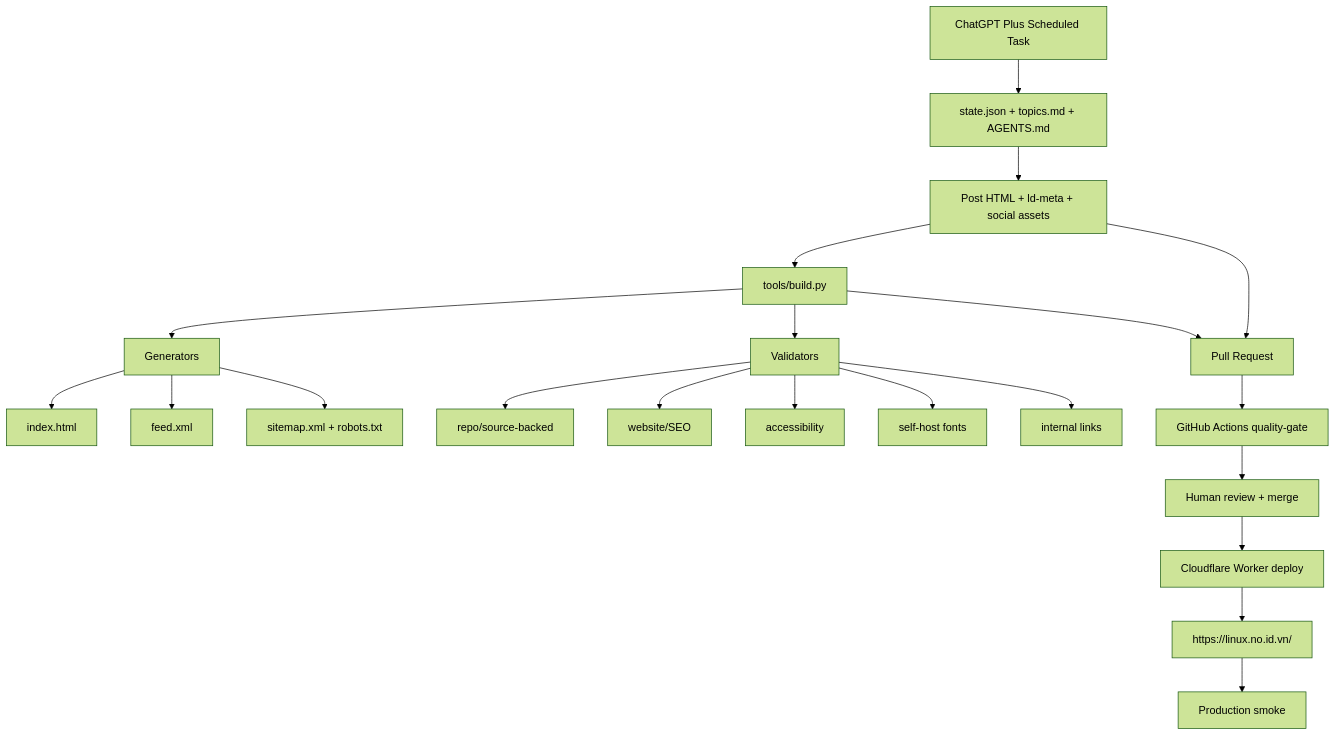
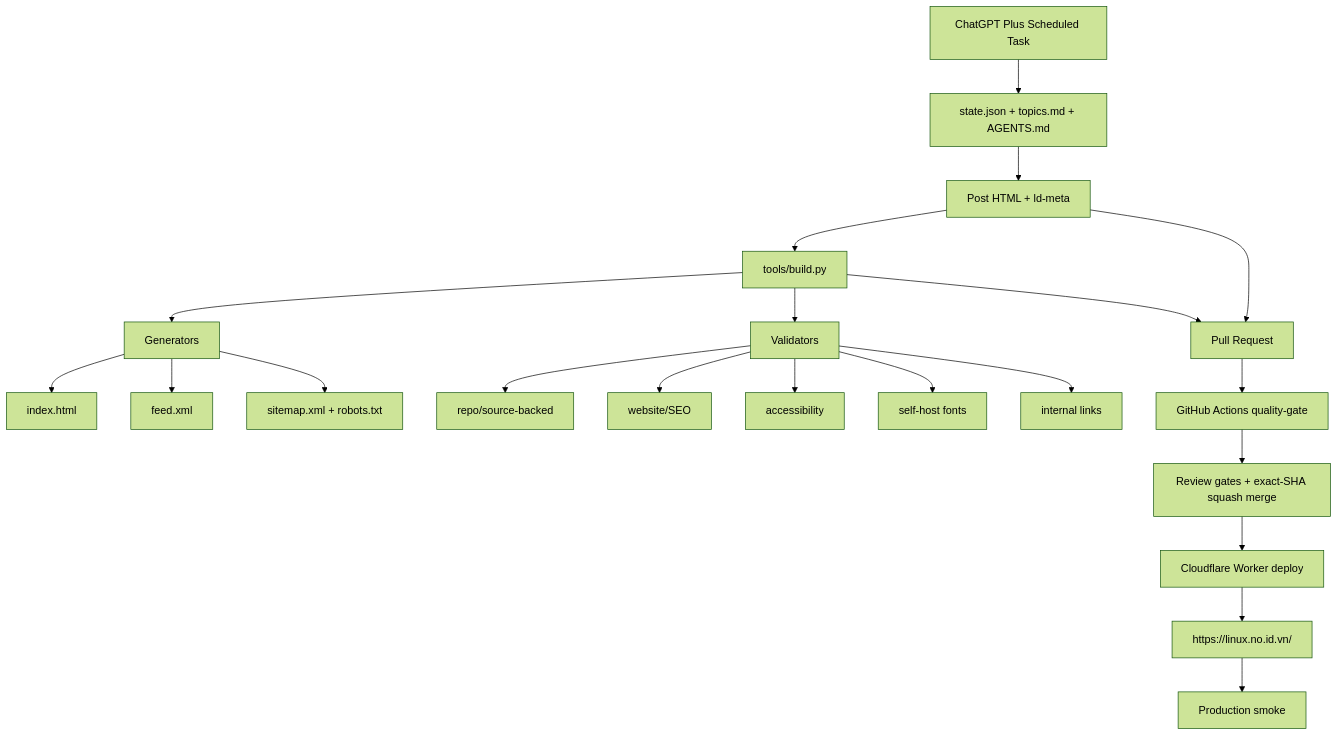
One commit to ndlong78/linux-daily changed the diagram in docs/architecture.md. Above: the diagram before and after it, drawn with Mermaid (forest theme). The commit also changed other lines of this file and 6 other files, not shown here.

````diff
--- a/docs/architecture.md
+++ b/docs/architecture.md
@@ -7,23 +7,23 @@
 ```mermaid
 flowchart TD
     A[ChatGPT Plus Scheduled Task] --> B[state.json + topics.md + AGENTS.md]
-    B --> C[Post HTML + ld-meta + social assets]
+    B --> C[Post HTML + ld-meta]
     C --> D[tools/build.py]
     D --> E[Generators]
     E --> E1[index.html]
     E --> E2[feed.xml]
     E --> E3[sitemap.xml + robots.txt]
     D --> F[Validators]
     F --> F1[repo/source-backed]
     F --> F2[website/SEO]
     F --> F3[accessibility]
     F --> F4[self-host fonts]
     F --> F5[internal links]
     C --> G[Pull Request]
     D --> G
     G --> H[GitHub Actions quality-gate]
-    H --> I[Human review + merge]
+    H --> I[Review gates + exact-SHA squash merge]
     I --> J[Cloudflare Worker deploy]
     J --> K[https://linux.no.id.vn/]
     K --> L[Production smoke]
 ```
````
